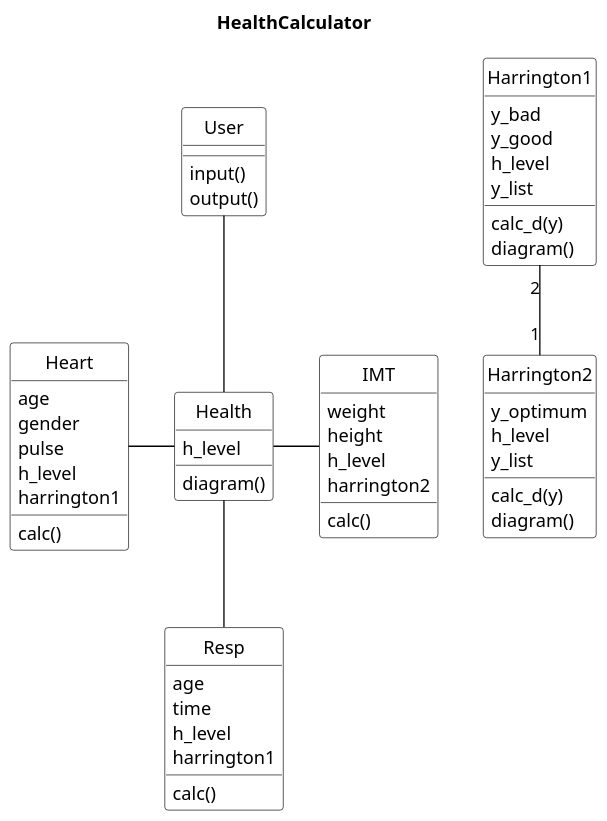
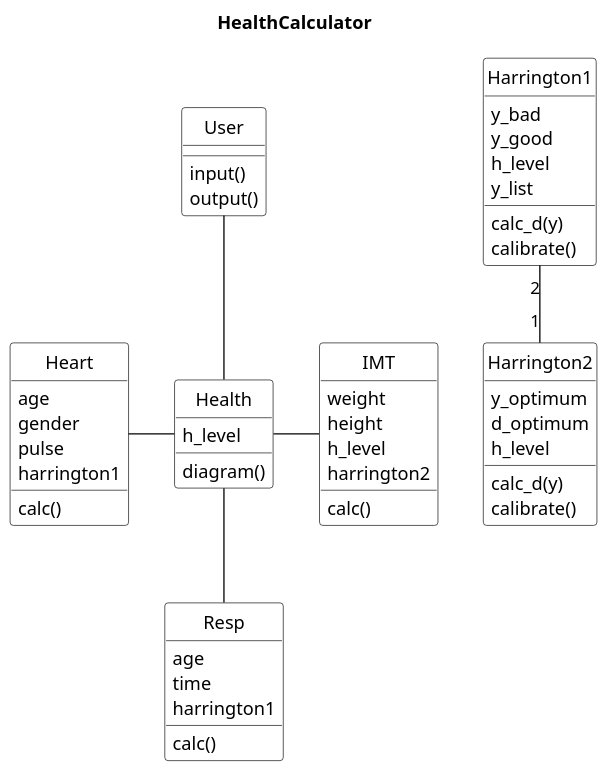
One commit to LinaLopato/HealthCalculator5 changed the diagram in UML_modules.puml. Above: the diagram before and after it, drawn with PlantUML. The commit also changed 9 other files, not shown here.

```diff
--- a/UML_modules.puml
+++ b/UML_modules.puml
@@ -1,75 +1,73 @@
 @startuml
 title   HealthCalculator
 
 
 skinparam class {
 BackgroundColor White
 ArrowColor Black
 BorderColor Black
 }
 skinparam object {
 BackgroundColor White
 ArrowColor Black
 BorderColor Black
 }
 scale 1.3
 skinparam DefaultTextAlignment left
 skinparam shadowing false
 skinparam packageStyle frame
 hide circle
 'hide members
 'skinparam monochrome true
 'note " lots in deal" as spread
 'package Storage {
 class Heart{
 age
 gender
 pulse
-h_level
 harrington1
 calc()
 }
 class Resp{
 age
 time
-h_level
 harrington1
 calc()
 }
 class IMT{
 weight
 height
 h_level
 harrington2
 calc()
 }
 class Health{
 h_level
 diagram()
 }
 class User{
 input()
 output()
 }
 class Harrington1{
 y_bad
 y_good
 h_level
 y_list
 calc_d(y)
-diagram()
+calibrate()
 }
 class Harrington2{
 y_optimum
+d_optimum
 h_level
-y_list
 calc_d(y)
-diagram()
+calibrate()
 }
 Harrington1 "2"--"1" Harrington2
 Health -l- Heart
 Health - IMT
 Health -u- User
 Health --  Resp
 'Mean_deal --|> Deal
 @enduml
```
